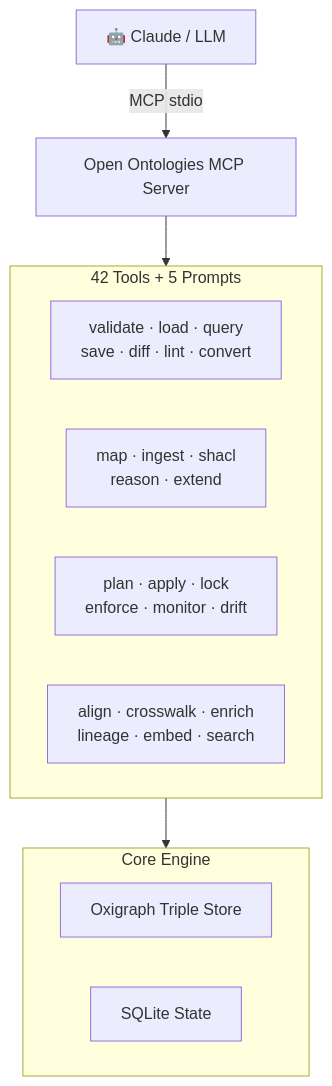
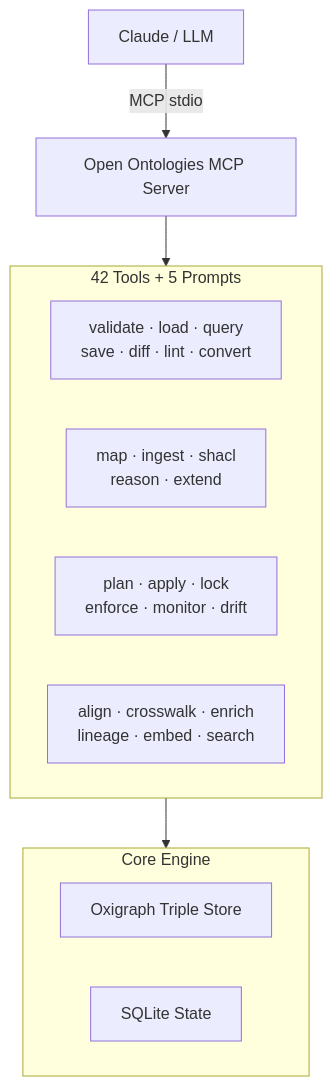
One commit to fabio-rovai/open-ontologies changed the diagram in README.md. Above: the diagram before and after it, drawn with Mermaid. The commit also changed other lines of this file and 22 other files, not shown here.

````diff
--- a/README.md
+++ b/README.md
@@ -539,22 +160,22 @@
 ```mermaid
 flowchart TD
-    Claude["🤖 Claude / LLM"]
+    Claude["Claude / LLM"]
     MCP["Open Ontologies MCP Server"]
 
     subgraph Core["Core Engine"]
         GraphStore["Oxigraph Triple Store"]
         StateDb["SQLite State"]
     end
 
     subgraph Tools["42 Tools + 5 Prompts"]
         direction LR
         Ontology["validate · load · query\nsave · diff · lint · convert"]
         Data["map · ingest · shacl\nreason · extend"]
         Lifecycle["plan · apply · lock\nenforce · monitor · drift"]
         Advanced["align · crosswalk · enrich\nlineage · embed · search"]
     end
 
     Claude -->|"MCP stdio"| MCP
     MCP --> Tools
     Tools --> Core
 ```
````
